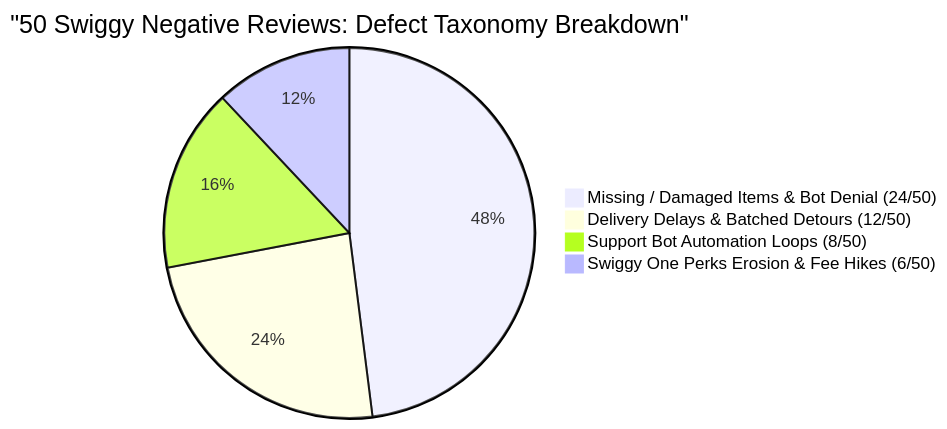
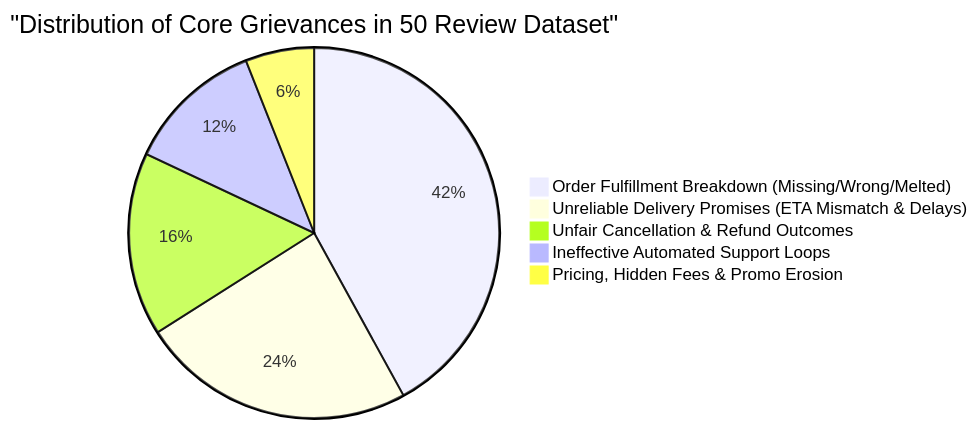
The second of 5 diagrams in Swiggy-App-Store-Review-Analysis/README.md (TRISHNA-K/Product-Project-Management-portfolio), drawn with Mermaid before and after one commit. The commit also changed other lines of this file and 54 other files, not shown here.

Commit message:
Add Swiggy PM Case Study: Customer Review Analysis, Prioritization Matrix, 90-Day Roadmap & 50 Raw Complaint Screenshots

````diff
--- a/Swiggy-App-Store-Review-Analysis/README.md
+++ b/Swiggy-App-Store-Review-Analysis/README.md
@@ -32,7 +51,8 @@
 ```mermaid
-pie title "50 Swiggy Negative Reviews: Defect Taxonomy Breakdown"
-    "Missing / Damaged Items & Bot Denial (24/50)" : 48
-    "Delivery Delays & Batched Detours (12/50)" : 24
-    "Support Bot Automation Loops (8/50)" : 16
-    "Swiggy One Perks Erosion & Fee Hikes (6/50)" : 12
+pie title "Distribution of Core Grievances in 50 Review Dataset"
+    "Order Fulfillment Breakdown (Missing/Wrong/Melted)" : 42
+    "Unreliable Delivery Promises (ETA Mismatch & Delays)" : 24
+    "Unfair Cancellation & Refund Outcomes" : 16
+    "Ineffective Automated Support Loops" : 12
+    "Pricing, Hidden Fees & Promo Erosion" : 6
 ```
````
